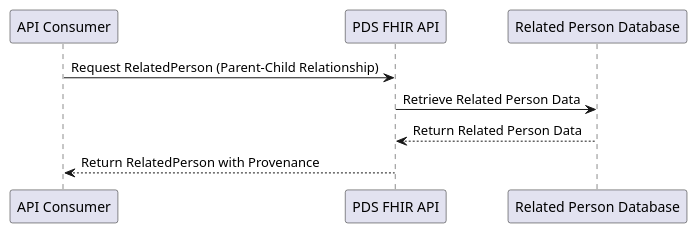
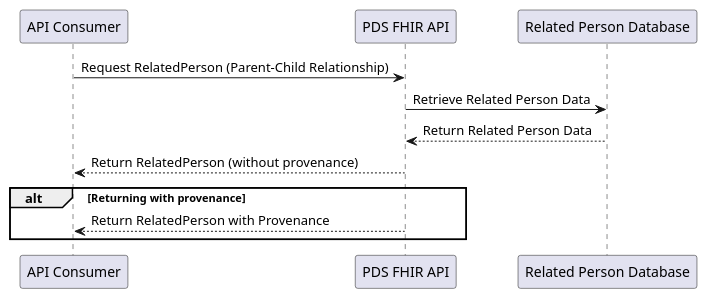
The diagram in NHSEnglandProgrammeImplementationGuides/backup/guides/PDS-RelatedPerson/Home/Design/Scenario-View-a-Relationship/Index.page.md (NHSDigital/IOPS-FHIR-Simplifier-Backup), drawn with PlantUML before and after one commit. The commit also changed 16 other files, not shown here.

```diff
--- a/NHSEnglandProgrammeImplementationGuides/backup/guides/PDS-RelatedPerson/Home/Design/Scenario-View-a-Relationship/Index.page.md
+++ b/NHSEnglandProgrammeImplementationGuides/backup/guides/PDS-RelatedPerson/Home/Design/Scenario-View-a-Relationship/Index.page.md
@@ -23,11 +23,15 @@
 @startuml
 participant "API Consumer" as API
 participant "PDS FHIR API" as PDS
 participant "Related Person Database" as DB
 
 API -> PDS: Request RelatedPerson (Parent-Child Relationship)
 PDS -> DB: Retrieve Related Person Data
 DB --> PDS: Return Related Person Data
-PDS --> API: Return RelatedPerson with Provenance
+PDS --> API: Return RelatedPerson (without provenance)
+
+alt Returning with provenance
+    PDS --> API: Return RelatedPerson with Provenance
+end
 
 @enduml
```
